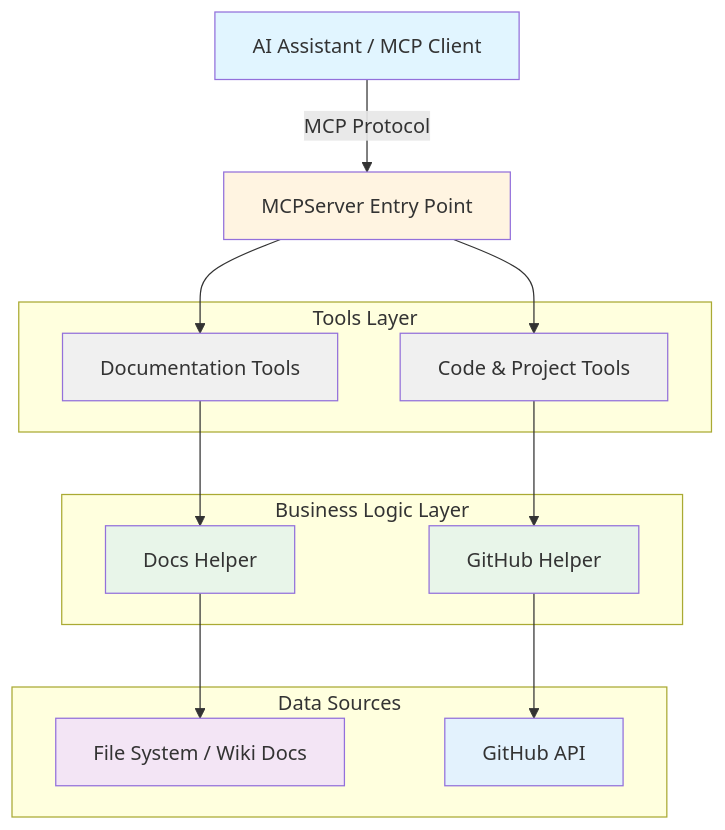
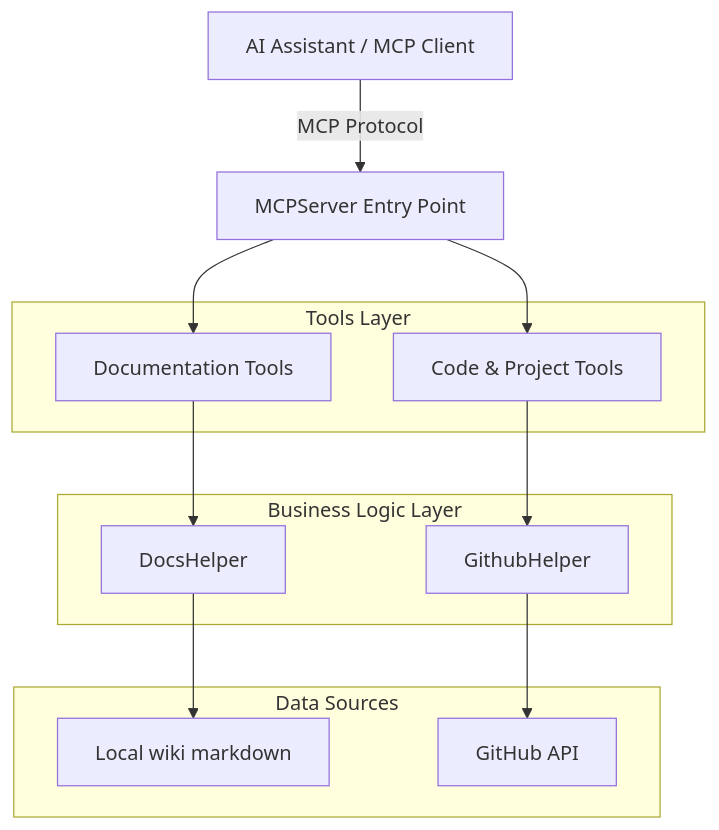
One commit to VENIZIA-AI/ignis changed the diagram in docs/wiki/content/extensions/src-details/mcp-server.md. Above: the diagram before and after it, drawn with Mermaid. The commit also changed other lines of this file and 99 other files, not shown here.

````diff
--- a/docs/wiki/content/extensions/src-details/mcp-server.md
+++ b/docs/wiki/content/extensions/src-details/mcp-server.md
@@ -11,39 +9,30 @@
 ```mermaid
 graph TB
     AI[AI Assistant / MCP Client]
     MCP[MCPServer Entry Point]
-    
+
     subgraph ToolLayer [Tools Layer]
         DocsTools[Documentation Tools]
         CodeTools[Code & Project Tools]
     end
-    
+
     subgraph LogicLayer [Business Logic Layer]
-        DocsHelper[Docs Helper]
-        GitHubHelper[GitHub Helper]
+        DocsHelper[DocsHelper]
+        GitHubHelper[GithubHelper]
     end
-    
+
     subgraph DataLayer [Data Sources]
-        FS[File System / Wiki Docs]
+        FS[Local wiki markdown]
         GitHubAPI[GitHub API]
     end
 
     AI -->|MCP Protocol| MCP
     MCP --> DocsTools
     MCP --> CodeTools
-    
+
     DocsTools --> DocsHelper
     CodeTools --> GitHubHelper
-    
+
     DocsHelper --> FS
     GitHubHelper --> GitHubAPI
-
-    style AI fill:#e1f5ff
-    style MCP fill:#fff4e1
-    style DocsTools fill:#f0f0f0
-    style CodeTools fill:#f0f0f0
-    style DocsHelper fill:#e8f5e9
-    style GitHubHelper fill:#e8f5e9
-    style FS fill:#f3e5f5
-    style GitHubAPI fill:#e3f2fd
 ```
````
